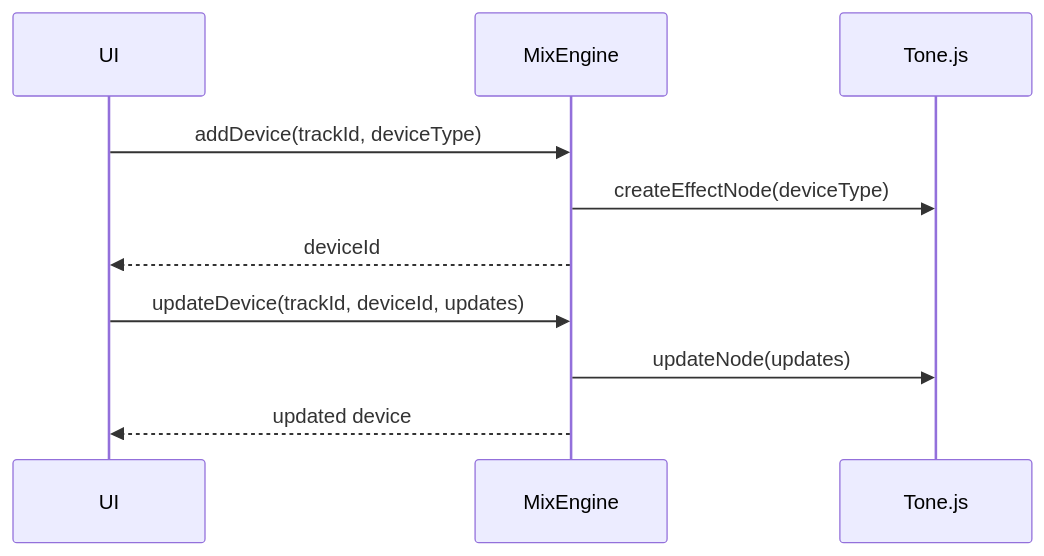
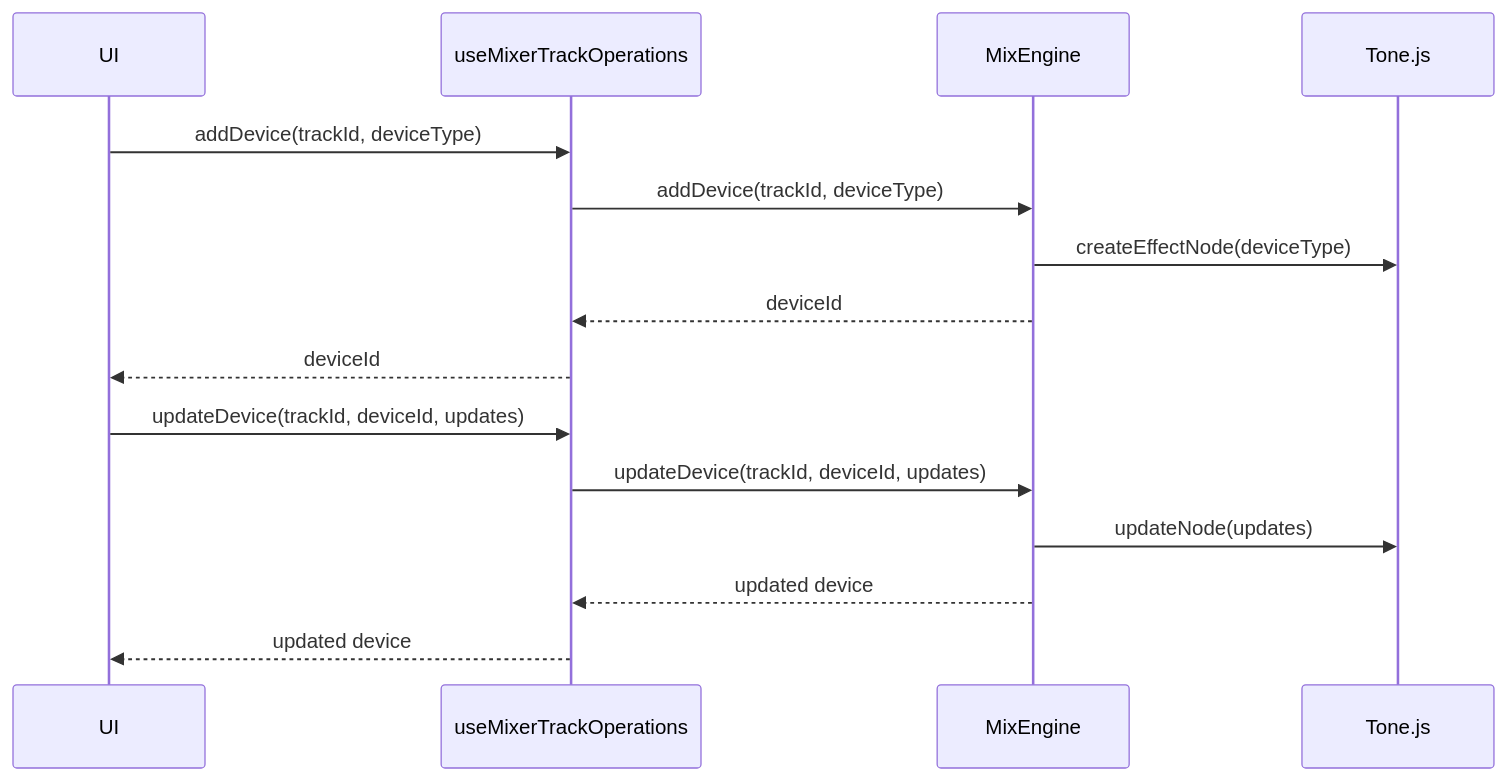
The second of 9 diagrams in README.md (yannmazita/daw.ts), drawn with Mermaid before and after one commit. The commit also changed other lines of this file, not shown here.

````diff
--- a/README.md
+++ b/README.md
@@ -99,13 +207,18 @@
 ```mermaid
 sequenceDiagram
     participant UI
+    participant useMixerTrackOperations
     participant MixEngine
 
-    UI->>MixEngine: addDevice(trackId, deviceType)
+    UI->>useMixerTrackOperations: addDevice(trackId, deviceType)
+    useMixerTrackOperations->>MixEngine: addDevice(trackId, deviceType)
     MixEngine->>Tone.js: createEffectNode(deviceType)
-    MixEngine-->>UI: deviceId
+    MixEngine-->>useMixerTrackOperations: deviceId
+    useMixerTrackOperations-->>UI: deviceId
 
-    UI->>MixEngine: updateDevice(trackId, deviceId, updates)
+    UI->>useMixerTrackOperations: updateDevice(trackId, deviceId, updates)
+    useMixerTrackOperations->>MixEngine: updateDevice(trackId, deviceId, updates)
     MixEngine->>Tone.js: updateNode(updates)
-    MixEngine-->>UI: updated device
+    MixEngine-->>useMixerTrackOperations: updated device
+    useMixerTrackOperations-->>UI: updated device
 ```
````
